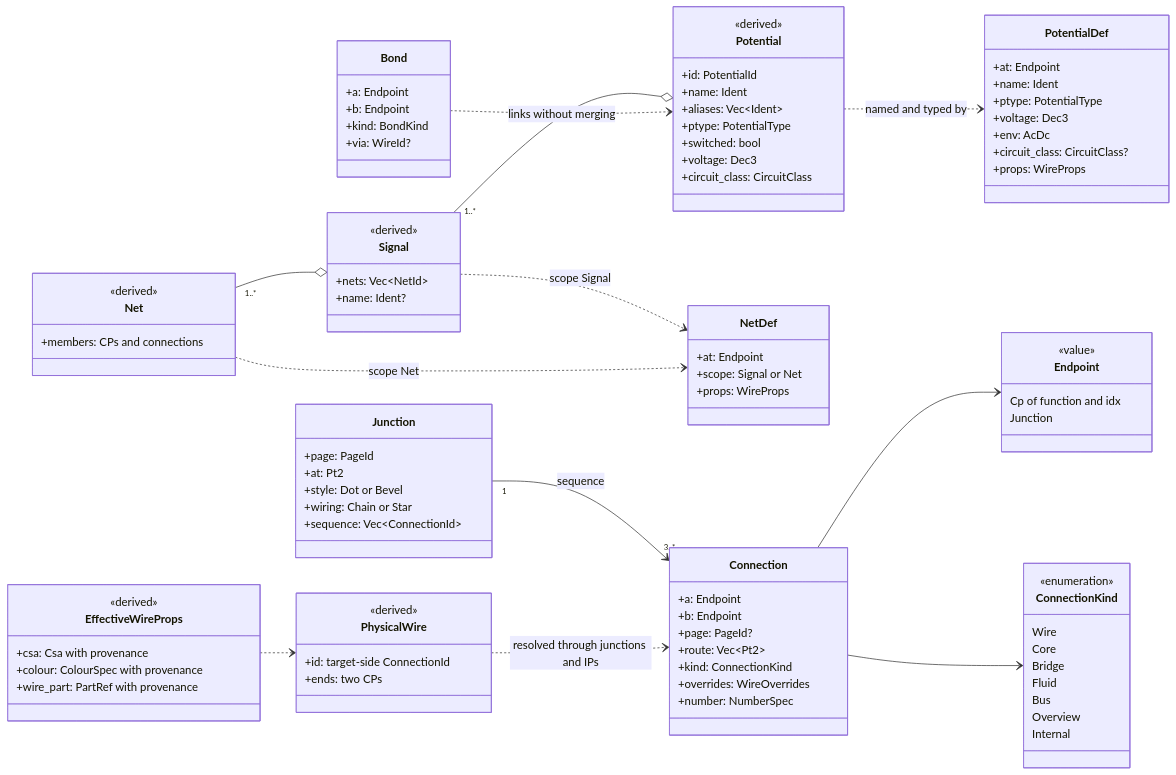
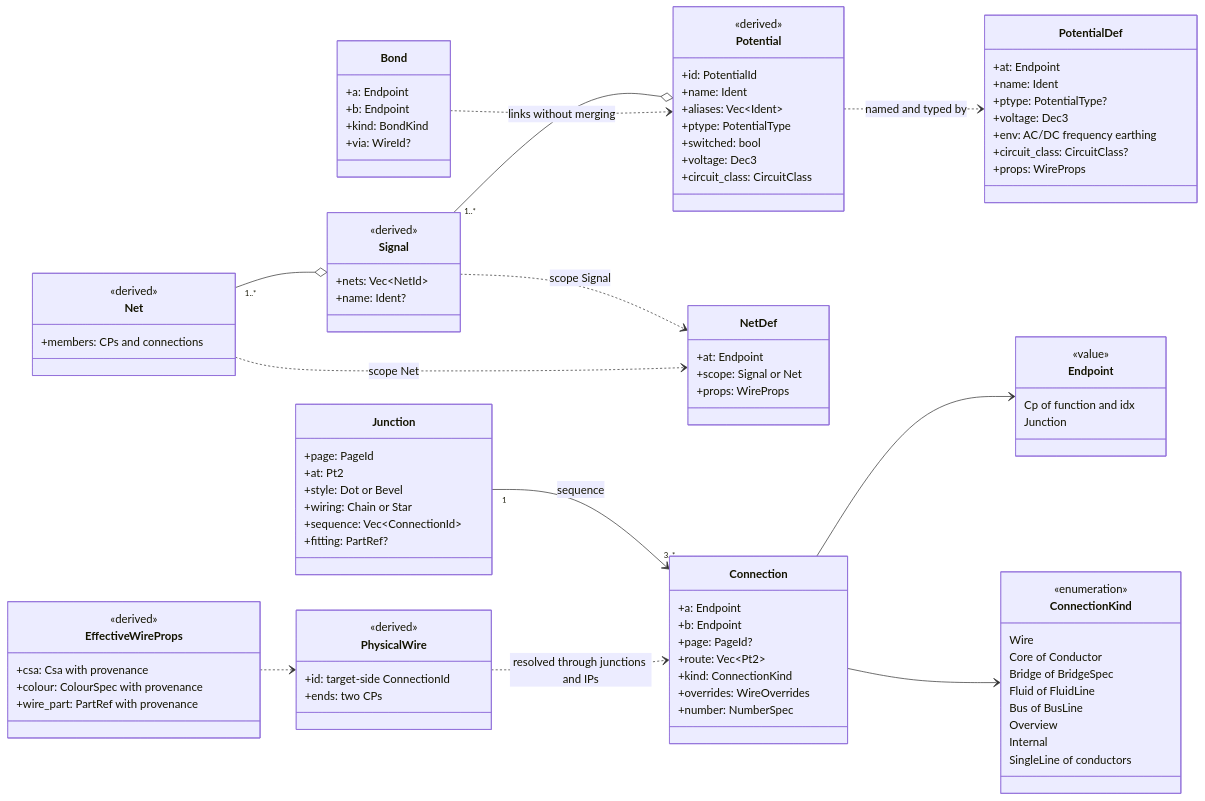
Before and after one commit to Ironkode787/ElektraWatt: the eighth of 20 diagrams in docs/design/03-domain-model.md, drawn with Mermaid. The commit also changed other lines of this file and 51 other files, not shown here.

```diff
--- a/docs/design/03-domain-model.md
+++ b/docs/design/03-domain-model.md
@@ -966,12 +1059,13 @@
   class ConnectionKind {
     <<enumeration>>
     Wire
-    Core
-    Bridge
-    Fluid
-    Bus
+    Core of Conductor
+    Bridge of BridgeSpec
+    Fluid of FluidLine
+    Bus of BusLine
     Overview
     Internal
+    SingleLine of conductors
   }
   class Junction {
     +page: PageId
@@ -979,13 +1073,14 @@
     +style: Dot or Bevel
     +wiring: Chain or Star
     +sequence: Vec~ConnectionId~
+    +fitting: PartRef?
   }
   class PotentialDef {
     +at: Endpoint
     +name: Ident
-    +ptype: PotentialType
+    +ptype: PotentialType?
     +voltage: Dec3
-    +env: AcDc
+    +env: AC/DC frequency earthing
     +circuit_class: CircuitClass?
     +props: WireProps
   }
```
